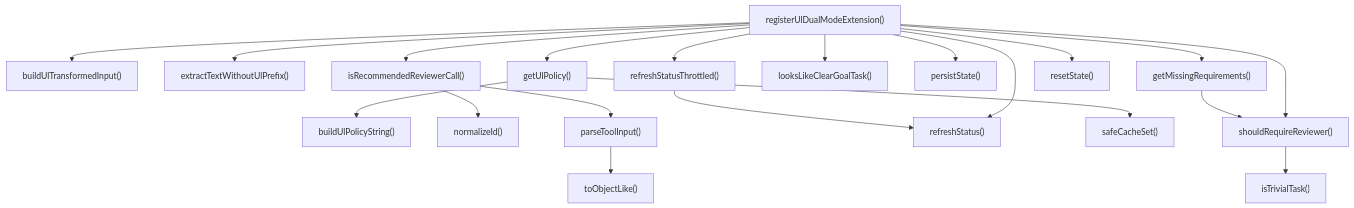
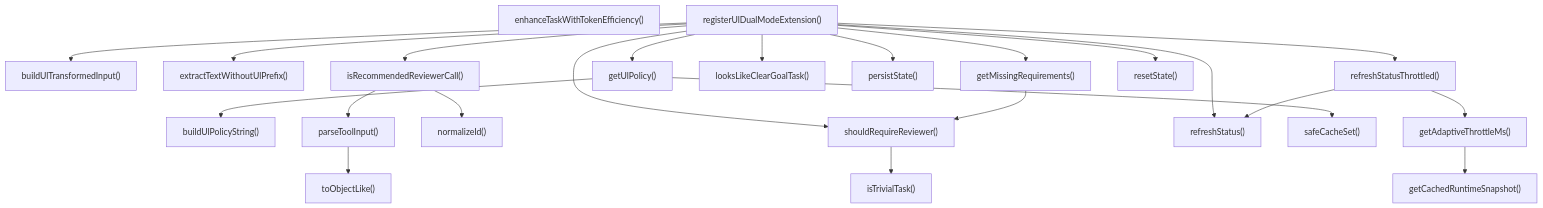
Before and after one commit to Mekann2904/mekann: the third of 4 diagrams in ABDD/.pi/extensions/ul-dual-mode.md, drawn with Mermaid. The commit also changed other lines of this file and 257 other files, not shown here.

````diff
--- a/ABDD/.pi/extensions/ul-dual-mode.md
+++ b/ABDD/.pi/extensions/ul-dual-mode.md
@@ -45,40 +60,45 @@
 ```mermaid
 flowchart TD
   buildUlPolicyString["buildUlPolicyString()"]
   buildUlTransformedInput["buildUlTransformedInput()"]
+  enhanceTaskWithTokenEfficiency["enhanceTaskWithTokenEfficiency()"]
   extractTextWithoutUlPrefix["extractTextWithoutUlPrefix()"]
+  getAdaptiveThrottleMs["getAdaptiveThrottleMs()"]
+  getCachedRuntimeSnapshot["getCachedRuntimeSnapshot()"]
   getMissingRequirements["getMissingRequirements()"]
   getUlPolicy["getUlPolicy()"]
   isRecommendedReviewerCall["isRecommendedReviewerCall()"]
   isTrivialTask["isTrivialTask()"]
   looksLikeClearGoalTask["looksLikeClearGoalTask()"]
   normalizeId["normalizeId()"]
   parseToolInput["parseToolInput()"]
   persistState["persistState()"]
   refreshStatus["refreshStatus()"]
   refreshStatusThrottled["refreshStatusThrottled()"]
   registerUlDualModeExtension["registerUlDualModeExtension()"]
   resetState["resetState()"]
   safeCacheSet["safeCacheSet()"]
   shouldRequireReviewer["shouldRequireReviewer()"]
   toObjectLike["toObjectLike()"]
+  getAdaptiveThrottleMs --> getCachedRuntimeSnapshot
   getMissingRequirements --> shouldRequireReviewer
   getUlPolicy --> buildUlPolicyString
   getUlPolicy --> safeCacheSet
   isRecommendedReviewerCall --> normalizeId
   isRecommendedReviewerCall --> parseToolInput
   parseToolInput --> toObjectLike
+  refreshStatusThrottled --> getAdaptiveThrottleMs
   refreshStatusThrottled --> refreshStatus
   registerUlDualModeExtension --> buildUlTransformedInput
   registerUlDualModeExtension --> extractTextWithoutUlPrefix
   registerUlDualModeExtension --> getMissingRequirements
   registerUlDualModeExtension --> getUlPolicy
   registerUlDualModeExtension --> isRecommendedReviewerCall
   registerUlDualModeExtension --> looksLikeClearGoalTask
   registerUlDualModeExtension --> persistState
   registerUlDualModeExtension --> refreshStatus
   registerUlDualModeExtension --> refreshStatusThrottled
   registerUlDualModeExtension --> resetState
   registerUlDualModeExtension --> shouldRequireReviewer
   shouldRequireReviewer --> isTrivialTask
 ```
````
